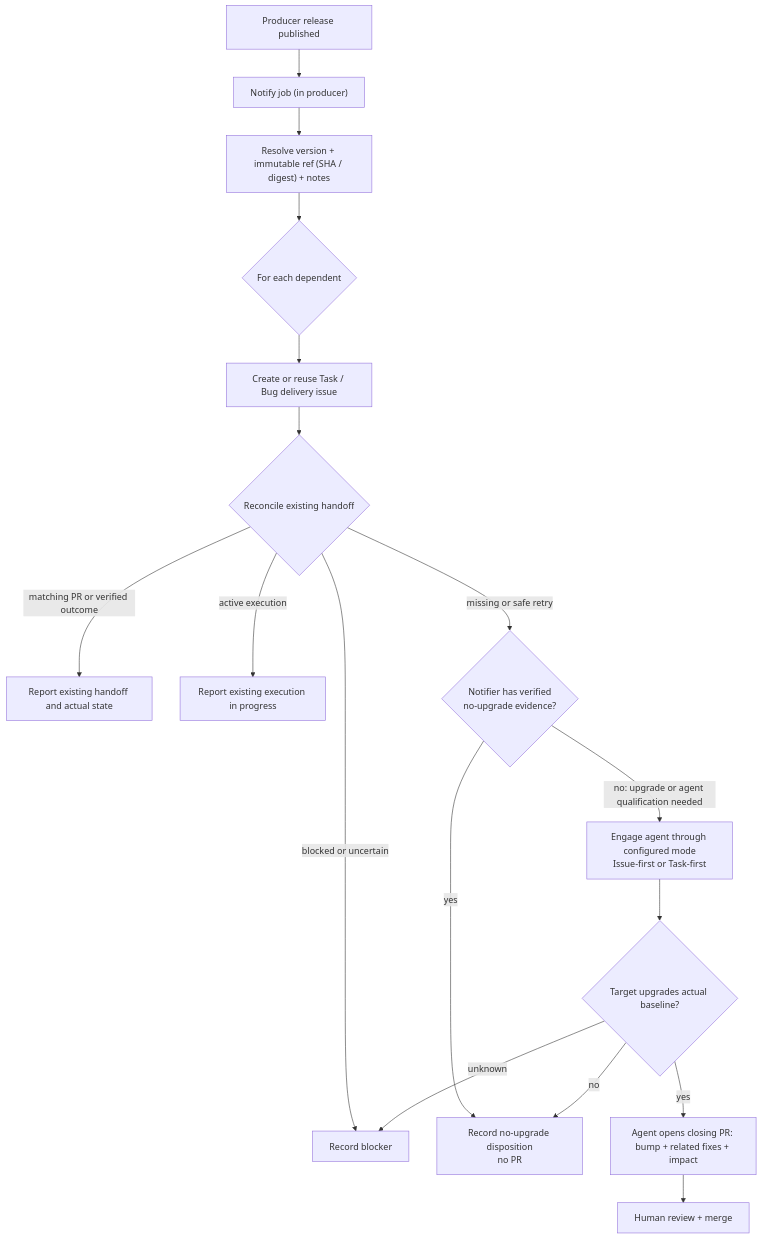
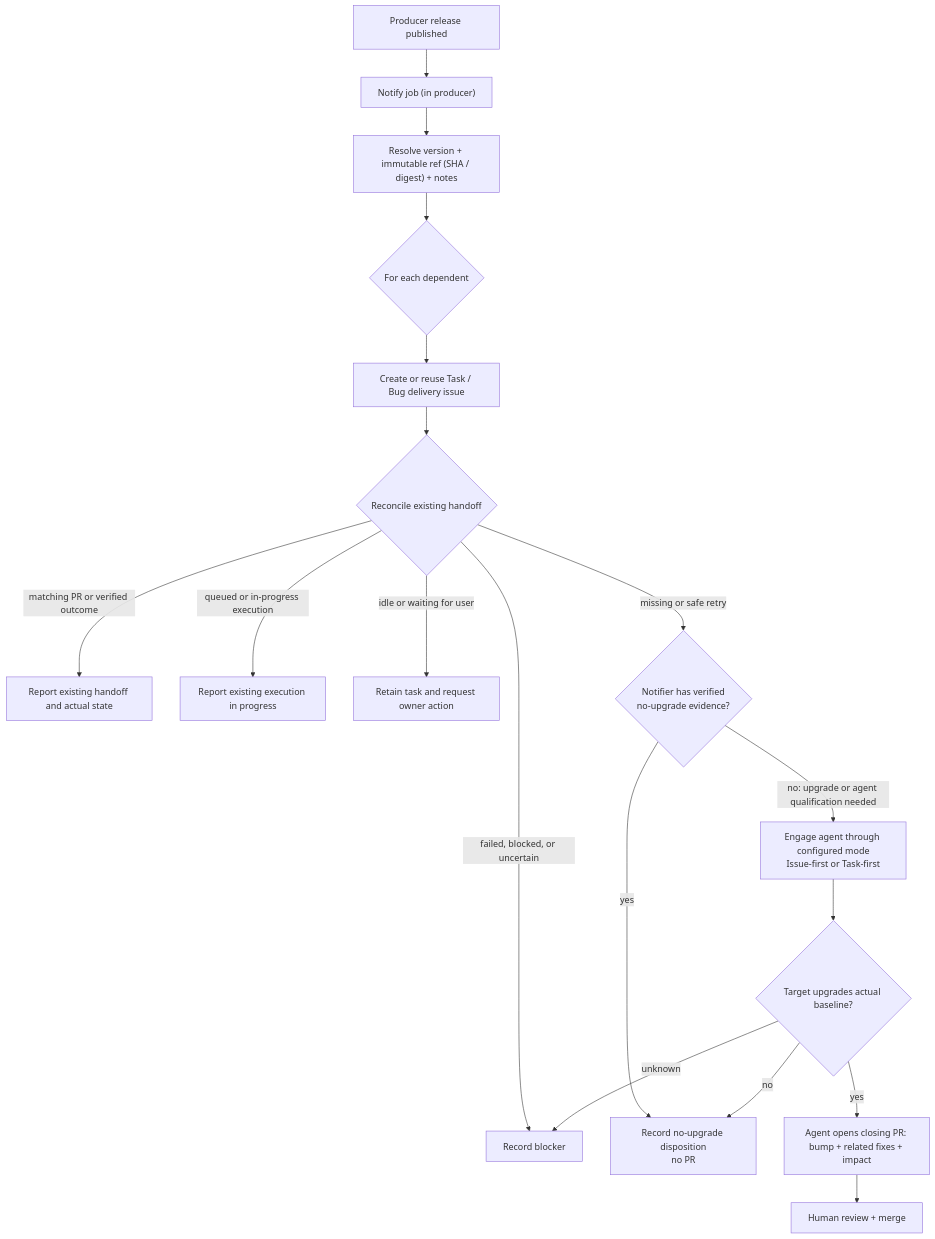
One commit to MSXOrg/docs changed the diagram in src/docs/Capabilities/downstream-release-propagation/design.md. Above: the diagram before and after it, drawn with Mermaid. The commit also changed other lines of this file and 1 other file, not shown here.

Commit message:
Define paused agent task recovery

````diff
--- a/src/docs/Capabilities/downstream-release-propagation/design.md
+++ b/src/docs/Capabilities/downstream-release-propagation/design.md
@@ -19,19 +19,20 @@
 ```mermaid
 flowchart TD
   rel["Producer release published"] --> notify["Notify job (in producer)"]
   notify --> resolve["Resolve version + immutable ref (SHA / digest) + notes"]
   resolve --> fan{"For each dependent"}
   fan --> issue["Create or reuse Task / Bug delivery issue"]
   issue --> resume{"Reconcile existing handoff"}
   resume -->|"matching PR or verified outcome"| reuse["Report existing handoff and actual state"]
-  resume -->|"active execution"| active["Report existing execution in progress"]
-  resume -->|"blocked or uncertain"| blocked["Record blocker"]
+  resume -->|"queued or in-progress execution"| active["Report existing execution in progress"]
+  resume -->|"idle or waiting for user"| attention["Retain task and request owner action"]
+  resume -->|"failed, blocked, or uncertain"| blocked["Record blocker"]
   resume -->|"missing or safe retry"| known{"Notifier has verified<br/>no-upgrade evidence?"}
   known -->|"yes"| nochange["Record no-upgrade disposition<br/>no PR"]
   known -->|"no: upgrade or agent qualification needed"| delegate["Engage agent through configured mode<br/>Issue-first or Task-first"]
   delegate --> qualify{"Target upgrades actual baseline?"}
   qualify -->|"yes"| pr["Agent opens closing PR: bump + related fixes + impact"]
   qualify -->|"no"| nochange
   qualify -->|"unknown"| blocked
   pr --> review["Human review + merge"]
 ```
````
